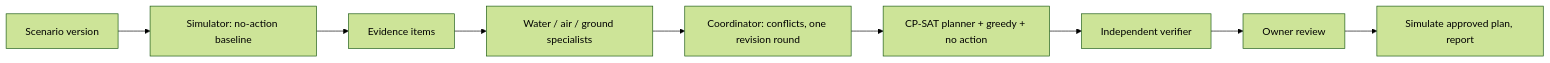
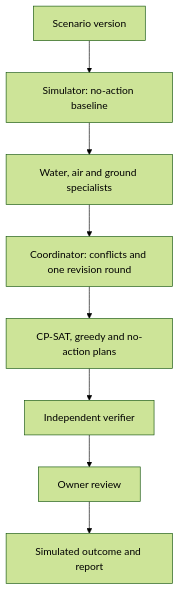
One commit to Oren1984/TerraShield-DecisionOps-AI changed the diagram in README.md. Above: the diagram before and after it, drawn with Mermaid (forest theme). The commit also changed other lines of this file and 8 other files, not shown here.

````diff
--- a/README.md
+++ b/README.md
@@ -19,11 +19,10 @@
 ```mermaid
-flowchart LR
+flowchart TD
     S["Scenario version"] --> B["Simulator: no-action baseline"]
-    B --> E["Evidence items"]
-    E --> A["Water / air / ground specialists"]
-    A --> C["Coordinator: conflicts, one revision round"]
-    C --> P["CP-SAT planner + greedy + no action"]
+    B --> A["Water, air and ground specialists"]
+    A --> C["Coordinator: conflicts and one revision round"]
+    C --> P["CP-SAT, greedy and no-action plans"]
     P --> V["Independent verifier"]
     V --> R["Owner review"]
-    R --> X["Simulate approved plan, report"]
+    R --> X["Simulated outcome and report"]
 ```
````
